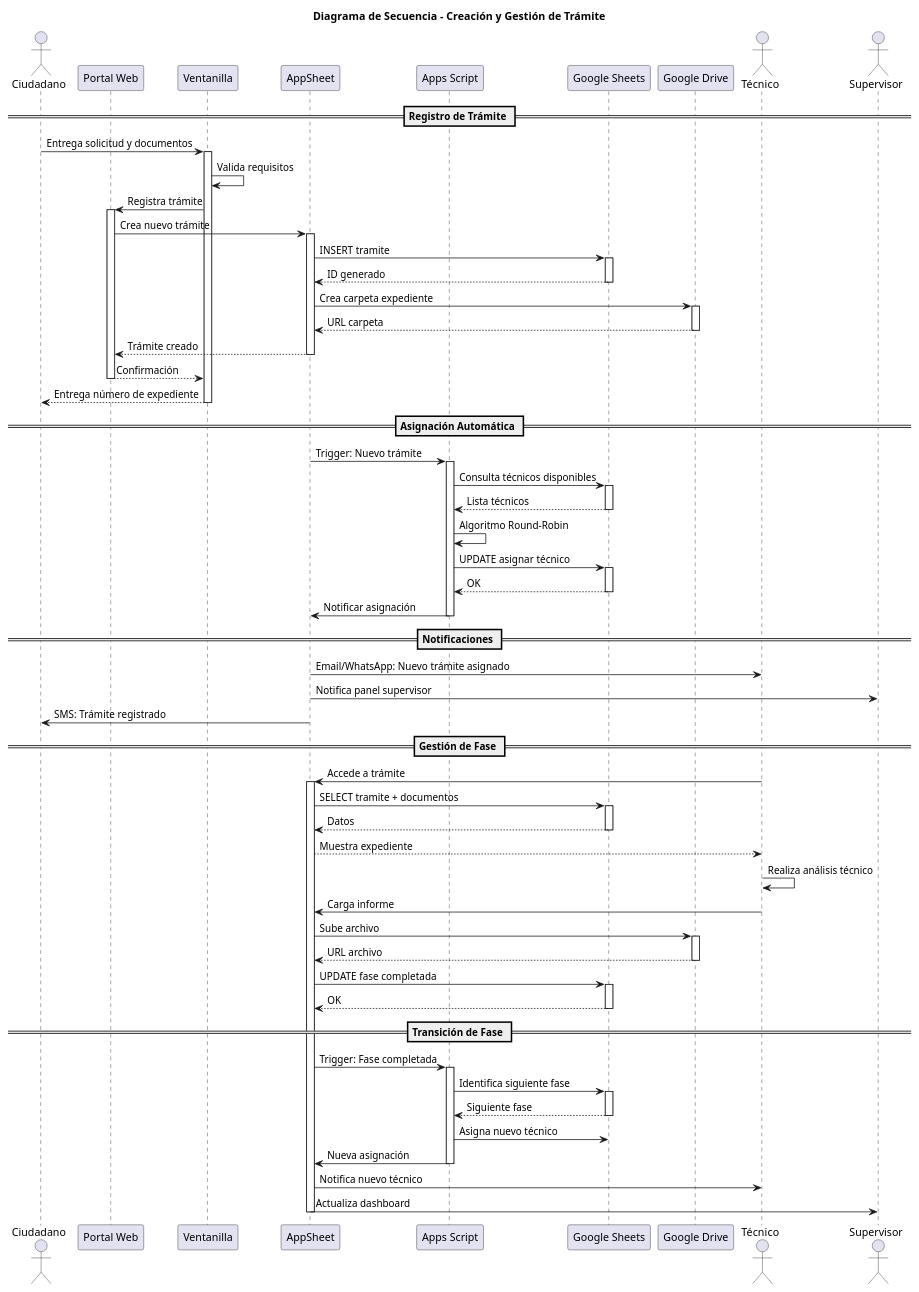
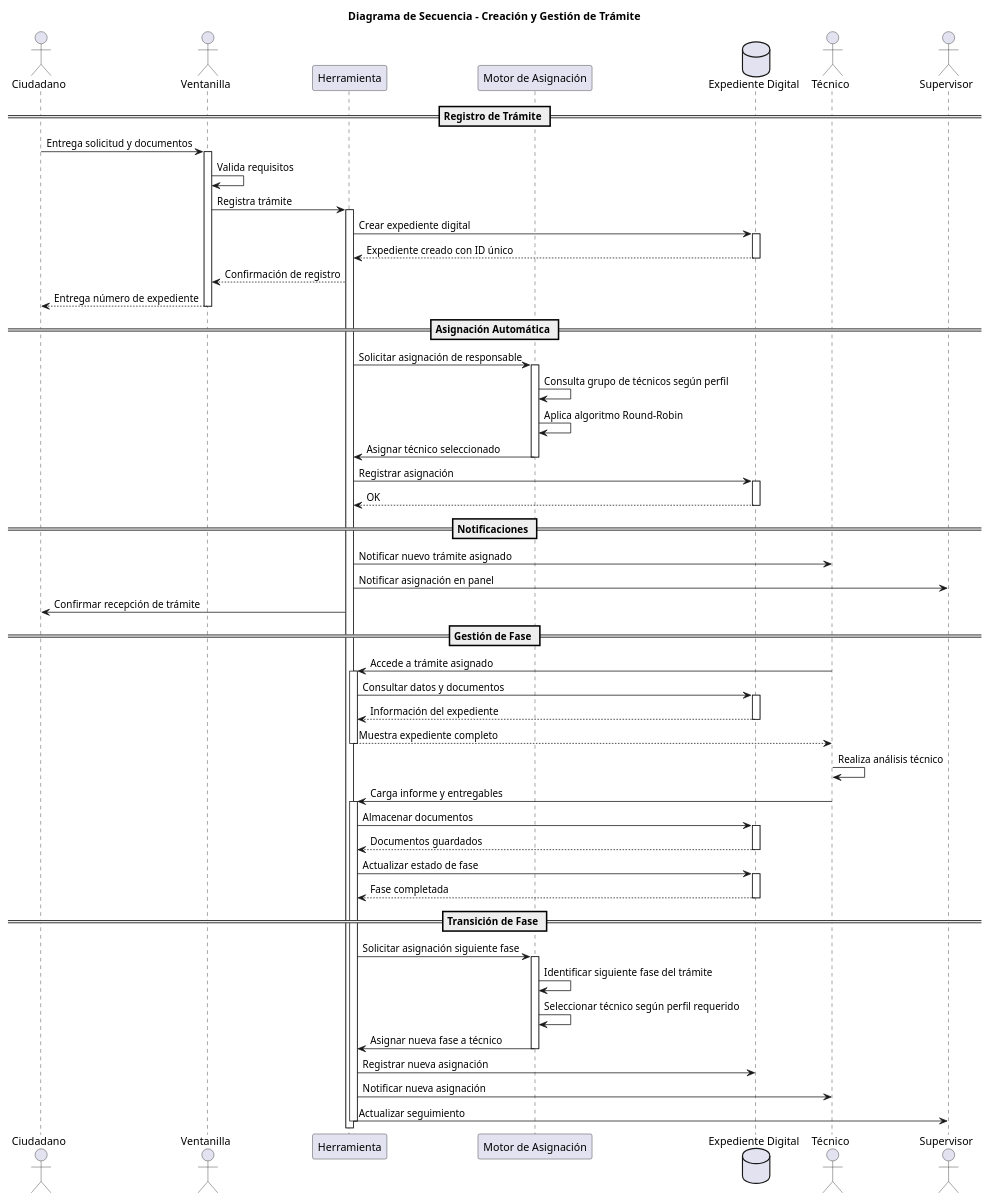
The diagram in 14_secuencia_sistema.puml (2025prosperidad/protocolo-trazados-viales), drawn with PlantUML before and after one commit. The commit also changed 2 other files, not shown here.

Commit message:
🔧 Corrección de diagramas UML: modelo conceptual sin referencias técnicas
✅ DIAGRAMA DE SECUENCIA ACTUALIZADO:
- Reemplazado AppSheet → Herramienta
- Reemplazado Apps Script → Motor de Asignación
- Reemplazado Google Sheets/Drive → Expediente Digital
- Eliminado Portal Web de actores
- Diagrama ahora muestra modelo conceptual del sistema

📝 ACTUALIZACIONES EN DOCUMENTACIÓN:
- Meta tags: eliminadas referencias a AppSheet/Apps Script
- Título: cambiado a 'Sistema de Gestión'
- Sección 4.2: descripción actualizada sin tecnologías específicas
- Historial de versiones: texto más genérico
- 'Portal web' → 'Plataforma' en canales de entrega

📌 NOTA ACLARATORIA AGREGADA:
- Nueva nota en sección 9 (Arquitectura)
- Explica diferencia entre modelo conceptual UML y tecnologías
- Clarifica que AppSheet/Apps Script son implementación técnica

🎯 OBJETIVO:
- Diagramas UML = modelo conceptual del sistema
- Sección Arquitectura = tecnologías de implementación
- Separación clara entre diseño y tecnología

```diff
--- a/14_secuencia_sistema.puml
+++ b/14_secuencia_sistema.puml
@@ -1,92 +1,78 @@
 @startuml
 !pragma charset UTF-8
 skinparam defaultFontName Arial
 title Diagrama de Secuencia - Creación y Gestión de Trámite
 
 actor "Ciudadano" as C
-participant "Portal Web" as P
-participant "Ventanilla" as V
-participant "AppSheet" as A
-participant "Apps Script" as AS
-participant "Google Sheets" as GS
-participant "Google Drive" as GD
+actor "Ventanilla" as V
+participant "Herramienta" as H
+participant "Motor de Asignación" as MA
+database "Expediente Digital" as BD
 actor "Técnico" as T
 actor "Supervisor" as S
 
 == Registro de Trámite ==
 C -> V : Entrega solicitud y documentos
 activate V
 V -> V : Valida requisitos
-V -> P : Registra trámite
-activate P
-P -> A : Crea nuevo trámite
-activate A
-A -> GS : INSERT tramite
-activate GS
-GS --> A : ID generado
-deactivate GS
-A -> GD : Crea carpeta expediente
-activate GD
-GD --> A : URL carpeta
-deactivate GD
-A --> P : Trámite creado
-deactivate A
-P --> V : Confirmación
-deactivate P
+V -> H : Registra trámite
+activate H
+H -> BD : Crear expediente digital
+activate BD
+BD --> H : Expediente creado con ID único
+deactivate BD
+H --> V : Confirmación de registro
 V --> C : Entrega número de expediente
 deactivate V
 
 == Asignación Automática ==
-A -> AS : Trigger: Nuevo trámite
-activate AS
-AS -> GS : Consulta técnicos disponibles
-activate GS
-GS --> AS : Lista técnicos
-deactivate GS
-AS -> AS : Algoritmo Round-Robin
-AS -> GS : UPDATE asignar técnico
-activate GS
-GS --> AS : OK
-deactivate GS
-AS -> A : Notificar asignación
-deactivate AS
+H -> MA : Solicitar asignación de responsable
+activate MA
+MA -> MA : Consulta grupo de técnicos según perfil
+MA -> MA : Aplica algoritmo Round-Robin
+MA -> H : Asignar técnico seleccionado
+deactivate MA
+H -> BD : Registrar asignación
+activate BD
+BD --> H : OK
+deactivate BD
 
 == Notificaciones ==
-A -> T : Email/WhatsApp: Nuevo trámite asignado
-A -> S : Notifica panel supervisor
-A -> C : SMS: Trámite registrado
+H -> T : Notificar nuevo trámite asignado
+H -> S : Notificar asignación en panel
+H -> C : Confirmar recepción de trámite
 
 == Gestión de Fase ==
-T -> A : Accede a trámite
-activate A
-A -> GS : SELECT tramite + documentos
-activate GS
-GS --> A : Datos
-deactivate GS
-A --> T : Muestra expediente
+T -> H : Accede a trámite asignado
+activate H
+H -> BD : Consultar datos y documentos
+activate BD
+BD --> H : Información del expediente
+deactivate BD
+H --> T : Muestra expediente completo
+deactivate H
 T -> T : Realiza análisis técnico
-T -> A : Carga informe
-A -> GD : Sube archivo
-activate GD
-GD --> A : URL archivo
-deactivate GD
-A -> GS : UPDATE fase completada
-activate GS
-GS --> A : OK
-deactivate GS
+T -> H : Carga informe y entregables
+activate H
+H -> BD : Almacenar documentos
+activate BD
+BD --> H : Documentos guardados
+deactivate BD
+H -> BD : Actualizar estado de fase
+activate BD
+BD --> H : Fase completada
+deactivate BD
 
 == Transición de Fase ==
-A -> AS : Trigger: Fase completada
-activate AS
-AS -> GS : Identifica siguiente fase
-activate GS
-GS --> AS : Siguiente fase
-deactivate GS
-AS -> GS : Asigna nuevo técnico
-AS -> A : Nueva asignación
-deactivate AS
-A -> T : Notifica nuevo técnico
-A -> S : Actualiza dashboard
-deactivate A
+H -> MA : Solicitar asignación siguiente fase
+activate MA
+MA -> MA : Identificar siguiente fase del trámite
+MA -> MA : Seleccionar técnico según perfil requerido
+MA -> H : Asignar nueva fase a técnico
+deactivate MA
+H -> BD : Registrar nueva asignación
+H -> T : Notificar nueva asignación
+H -> S : Actualizar seguimiento
+deactivate H
 
 @enduml
```
